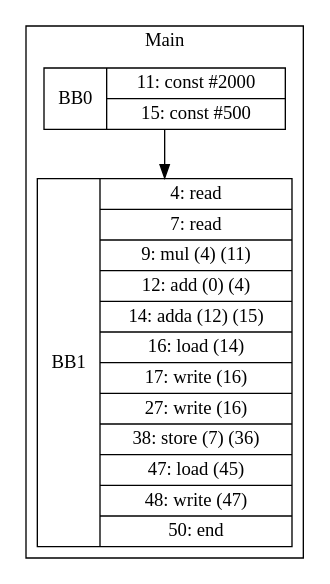
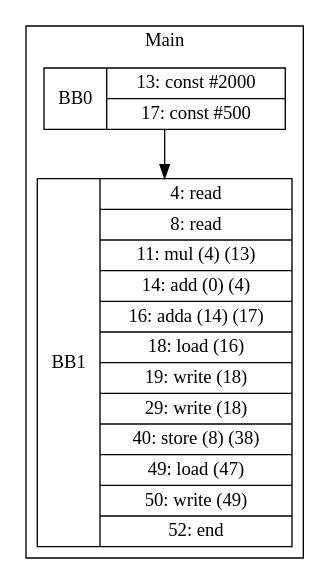
One commit to zjc664656505/UCI-CS241-Advanced-Compiler-main changed the diagram in visualization/phillip/arrays/cse.gv. Above: the diagram before and after it, drawn with Graphviz. The commit also changed 65 other files, not shown here.

```diff
--- a/visualization/phillip/arrays/cse.gv
+++ b/visualization/phillip/arrays/cse.gv
@@ -1,9 +1,9 @@
 digraph G {
 node [shape=record];
 subgraph cluster_main{
 label = "Main";
-BB0 [shape=record, label="<b>BB0|{11: const #2000|15: const #500}"];
-BB1 [shape=record, label="<b>BB1|{4: read|7: read|9: mul (4) (11)|12: add (0) (4)|14: adda (12) (15)|16: load (14)|17: write (16)|27: write (16)|38: store (7) (36)|47: load (45)|48: write (47)|50: end}"];
+BB0 [shape=record, label="<b>BB0|{13: const #2000|17: const #500}"];
+BB1 [shape=record, label="<b>BB1|{4: read|8: read|11: mul (4) (13)|14: add (0) (4)|16: adda (14) (17)|18: load (16)|19: write (18)|29: write (18)|40: store (8) (38)|49: load (47)|50: write (49)|52: end}"];
 }
 BB0:s -> BB1:n ;
 }
```
